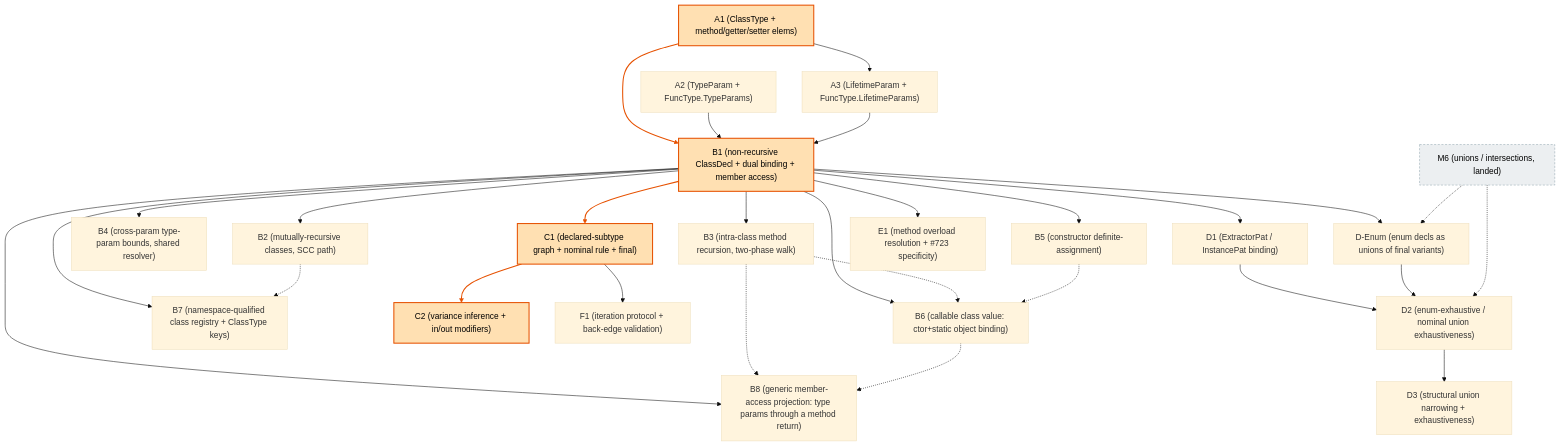
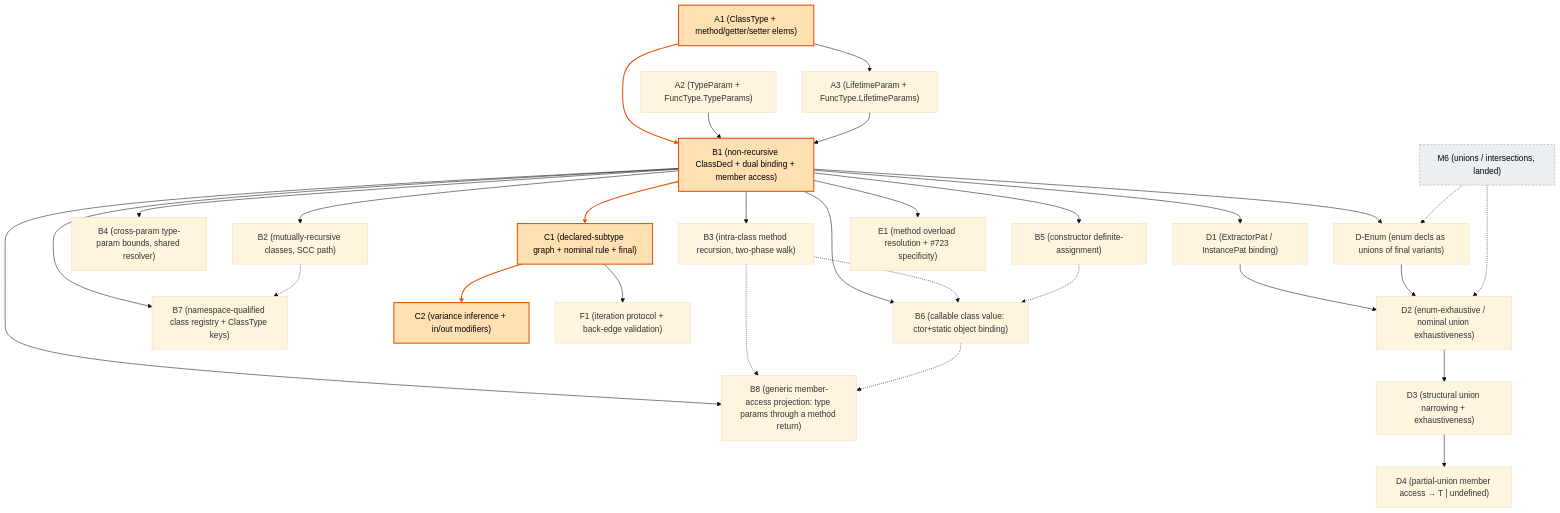
The diagram in planning/simple_sub/m5-implementation-plan.md (escalier-lang/escalier), drawn with Mermaid (base theme) before and after one commit. The commit also changed other lines of this file and 3 other files, not shown here.

````diff
--- a/planning/simple_sub/m5-implementation-plan.md
+++ b/planning/simple_sub/m5-implementation-plan.md
@@ -1470,57 +1521,59 @@
 ```mermaid
 graph TD
     A1["A1 (ClassType + method/getter/setter elems)"]
     A2["A2 (TypeParam + FuncType.TypeParams)"]
     A3["A3 (LifetimeParam + FuncType.LifetimeParams)"]
     B1["B1 (non-recursive ClassDecl + dual binding + member access)"]
     B2["B2 (mutually-recursive classes, SCC path)"]
     B3["B3 (intra-class method recursion, two-phase walk)"]
     B4["B4 (cross-param type-param bounds, shared resolver)"]
     B5["B5 (constructor definite-assignment)"]
     B6["B6 (callable class value: ctor+static object binding)"]
     B7["B7 (namespace-qualified class registry + ClassType keys)"]
     B8["B8 (generic member-access projection: type params through a method return)"]
     C1["C1 (declared-subtype graph + nominal rule + final)"]
     C2["C2 (variance inference + in/out modifiers)"]
     F1["F1 (iteration protocol + back-edge validation)"]
     D1["D1 (ExtractorPat / InstancePat binding)"]
     DEnum["D-Enum (enum decls as unions of final variants)"]
     D2["D2 (enum-exhaustive / nominal union exhaustiveness)"]
     D3["D3 (structural union narrowing + exhaustiveness)"]
+    D4["D4 (partial-union member access → T | undefined)"]
     E1["E1 (method overload resolution + #723 specificity)"]
     M6["M6 (unions / intersections, landed)"]
 
     A1 --> B1
     A1 --> A3
     A2 --> B1
     A3 --> B1
     B1 --> B2
     B1 --> B3
     B1 --> B4
     B1 --> B5
     B1 --> C1
     B1 --> D1
     B1 --> DEnum
     B1 --> E1
     C1 --> C2
     C1 --> F1
     D1 --> D2
     DEnum --> D2
     D2 --> D3
+    D3 --> D4
     M6 -.-> DEnum
     M6 -.-> D2
     B1 --> B6
     B3 -.-> B6
     B5 -.-> B6
     B1 --> B7
     B2 -.-> B7
     B1 --> B8
     B3 -.-> B8
     B6 -.-> B8
 
     classDef crit fill:#ffe0b2,stroke:#e65100,stroke-width:2px,color:#000;
     classDef landed fill:#eceff1,stroke:#90a4ae,stroke-dasharray:4 3,color:#000;
     class A1,B1,C1,C2 crit;
     class M6 landed;
     linkStyle 0,8,12 stroke:#e65100,stroke-width:2px;
 ```
````
